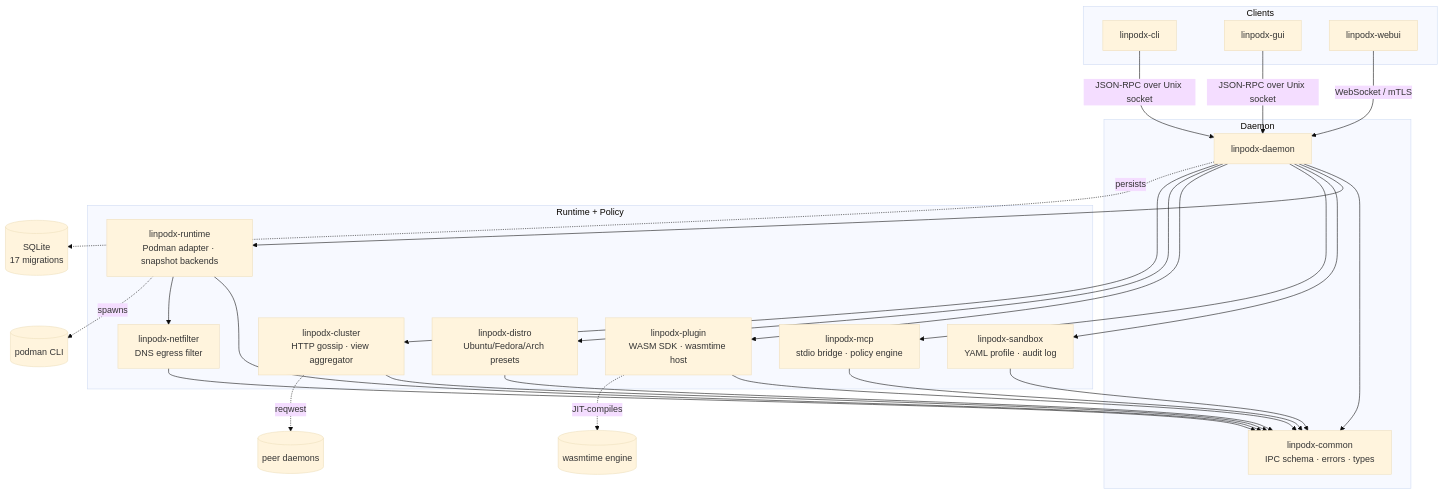
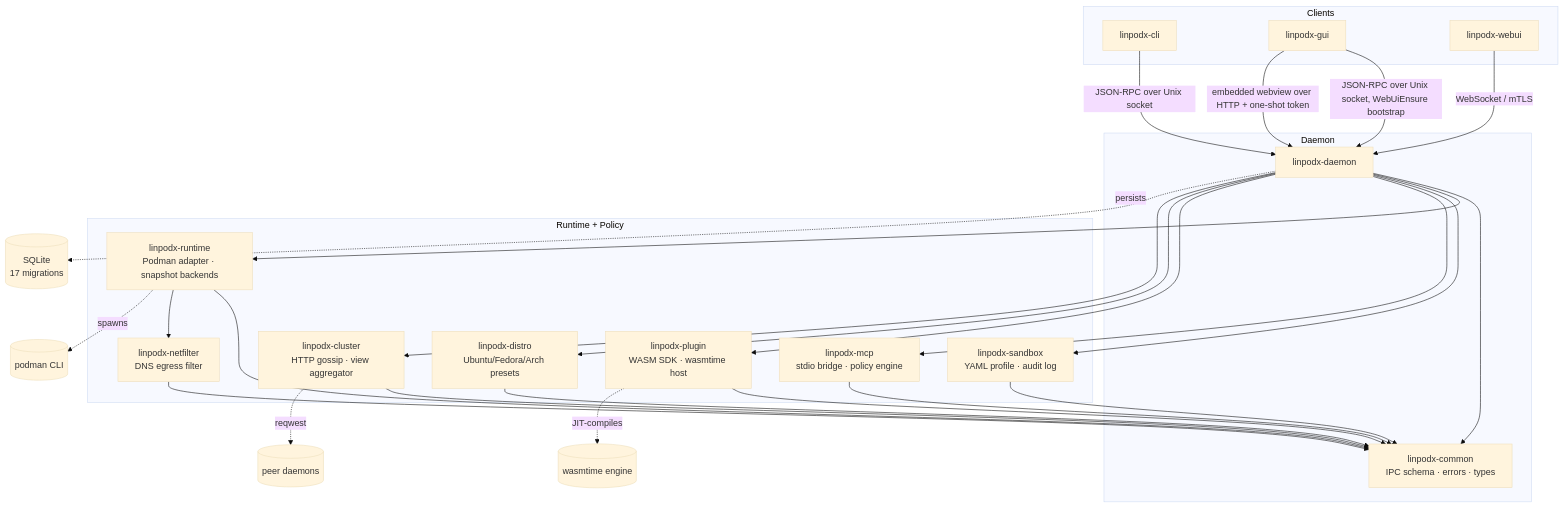
One commit to kernalix7/linpodx changed the first of 6 diagrams in docs/architecture.md. Above: the diagram before and after it, drawn with Mermaid (base theme). The commit also changed other lines of this file and 9 other files, not shown here.

````diff
--- a/docs/architecture.md
+++ b/docs/architecture.md
@@ -14,49 +14,50 @@
 ```mermaid
 flowchart TB
     subgraph clients["Clients"]
         cli[linpodx-cli]
         gui[linpodx-gui]
         webui[linpodx-webui]
     end
 
     subgraph daemon_layer["Daemon"]
         daemon[linpodx-daemon]
         common[linpodx-common\nIPC schema · errors · types]
     end
 
     subgraph runtime_layer["Runtime + Policy"]
         runtime[linpodx-runtime\nPodman adapter · snapshot backends]
         sandbox[linpodx-sandbox\nYAML profile · audit log]
         mcp[linpodx-mcp\nstdio bridge · policy engine]
         plugin[linpodx-plugin\nWASM SDK · wasmtime host]
         distro[linpodx-distro\nUbuntu/Fedora/Arch presets]
         netfilter[linpodx-netfilter\nDNS egress filter]
         cluster[linpodx-cluster\nHTTP gossip · view aggregator]
     end
 
     cli -- JSON-RPC over Unix socket --> daemon
-    gui -- JSON-RPC over Unix socket --> daemon
+    gui -- JSON-RPC over Unix socket, WebUiEnsure bootstrap --> daemon
+    gui -- embedded webview over HTTP + one-shot token --> daemon
     webui -- WebSocket / mTLS --> daemon
 
     daemon --> common
     daemon --> runtime
     daemon --> sandbox
     daemon --> mcp
     daemon --> plugin
     daemon --> distro
     daemon --> cluster
 
     runtime --> common
     runtime --> netfilter
     sandbox --> common
     mcp --> common
     plugin --> common
     distro --> common
     cluster --> common
     netfilter --> common
 
     runtime -. spawns .-> podman[(podman CLI)]
     daemon -. persists .-> sqlite[(SQLite\n17 migrations)]
     plugin -. JIT-compiles .-> wasmtime[(wasmtime engine)]
     cluster -. reqwest .-> peers[(peer daemons)]
 ```
````
